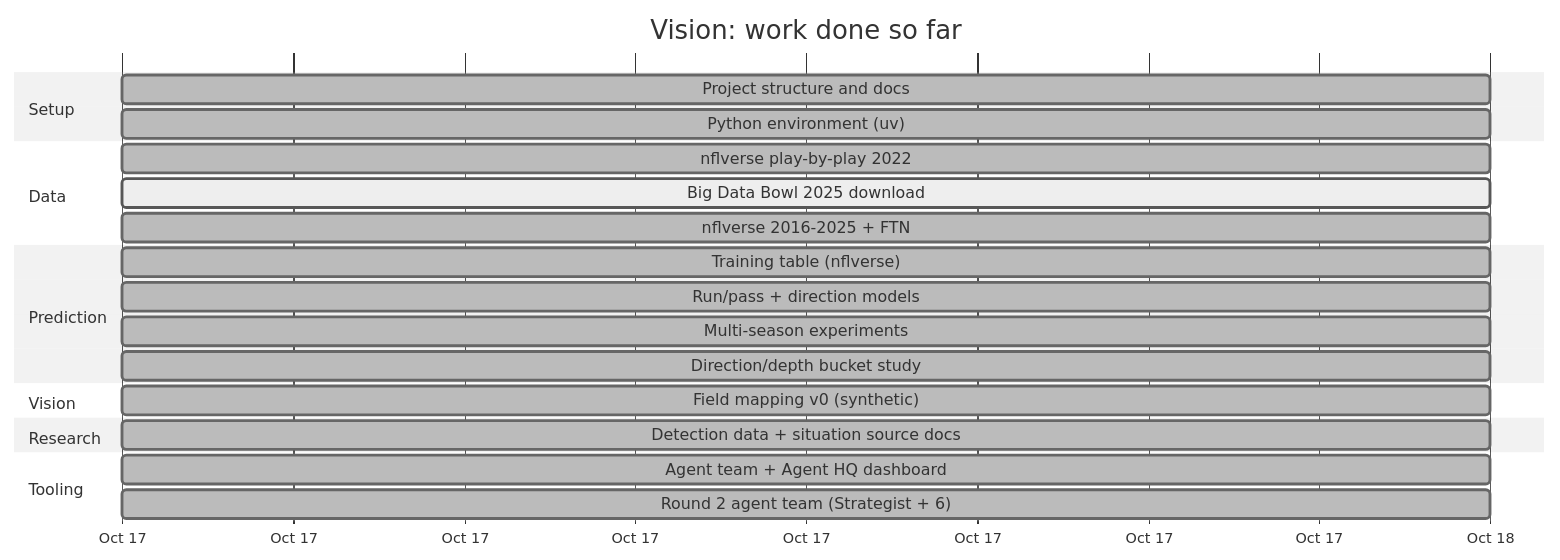
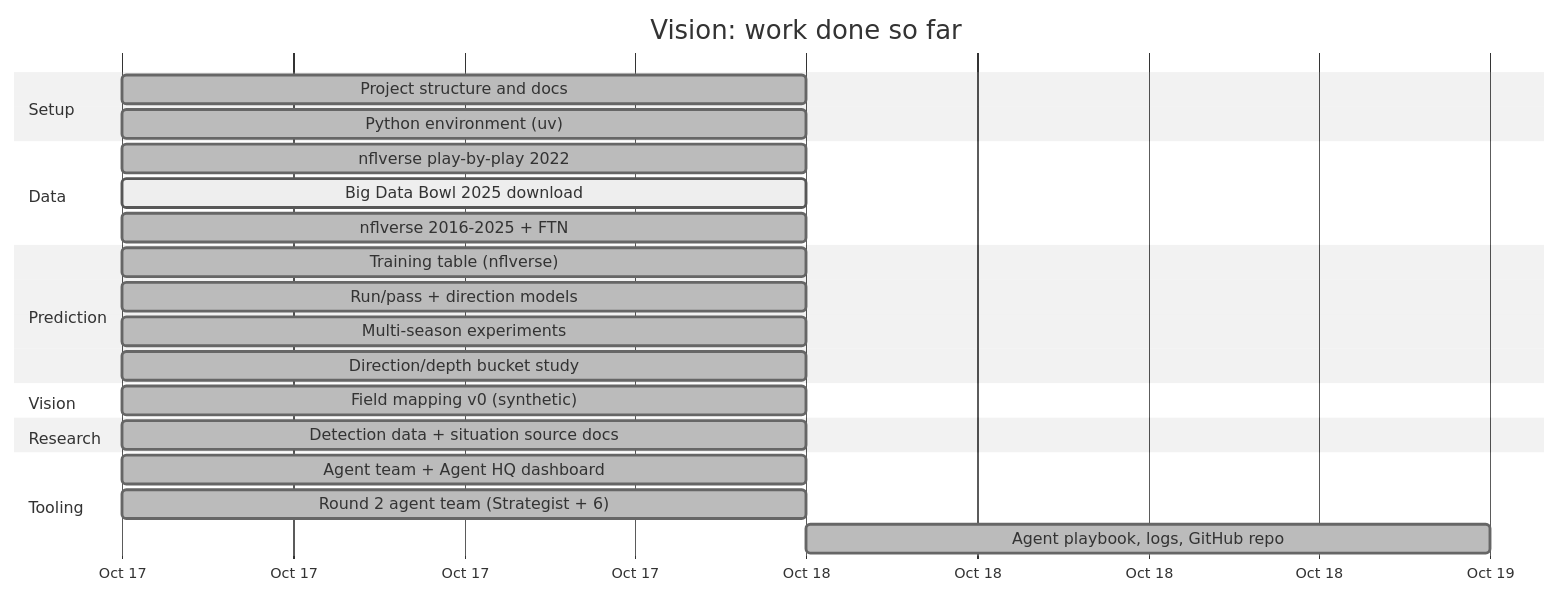
One commit to nicolasman7/Vision changed the diagram in docs/PROGRESS.md. Above: the diagram before and after it, drawn with Mermaid (neutral theme). The commit also changed other lines of this file and 6 other files, not shown here.

Commit message:
Agent playbook (AGENT_TEAM.md), activity + round logs, session notes

````diff
--- a/docs/PROGRESS.md
+++ b/docs/PROGRESS.md
@@ -5,31 +5,32 @@
 ```mermaid
 gantt
     title Vision: work done so far
     dateFormat YYYY-MM-DD
     axisFormat %b %d
 
     section Setup
     Project structure and docs :done, setup, 2026-10-17, 1d
     Python environment (uv)    :done, env, 2026-10-17, 1d
 
     section Data
     nflverse play-by-play 2022 :done, nflv, 2026-10-17, 1d
     Big Data Bowl 2025 download :active, bdb, 2026-10-17, 1d
     nflverse 2016-2025 + FTN   :done, multi, 2026-10-17, 1d
 
     section Prediction
     Training table (nflverse)   :done, table, 2026-10-17, 1d
     Run/pass + direction models :done, models, 2026-10-17, 1d
     Multi-season experiments    :done, exps, 2026-10-17, 1d
     Direction/depth bucket study :done, buckets, 2026-10-17, 1d
 
     section Vision
     Field mapping v0 (synthetic) :done, fmap, 2026-10-17, 1d
 
     section Research
     Detection data + situation source docs :done, research, 2026-10-17, 1d
 
     section Tooling
     Agent team + Agent HQ dashboard :done, hq, 2026-10-17, 1d
     Round 2 agent team (Strategist + 6) :done, team2, 2026-10-17, 1d
+    Agent playbook, logs, GitHub repo :done, repo, 2026-10-18, 1d
 ```
````
